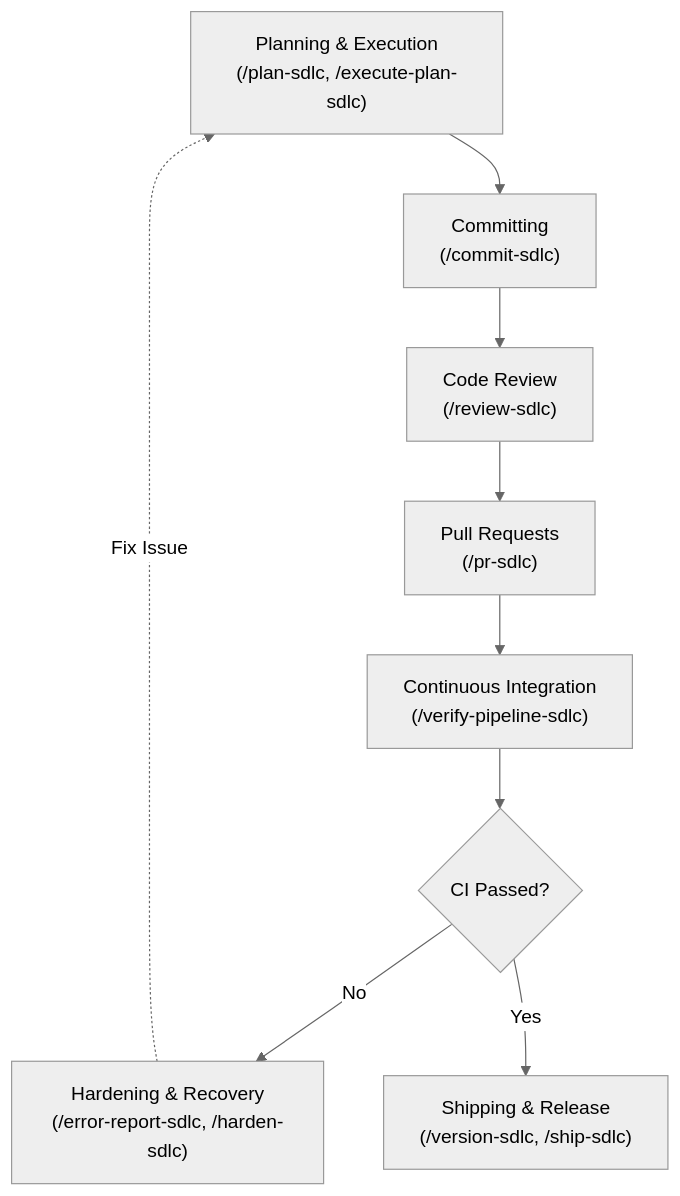
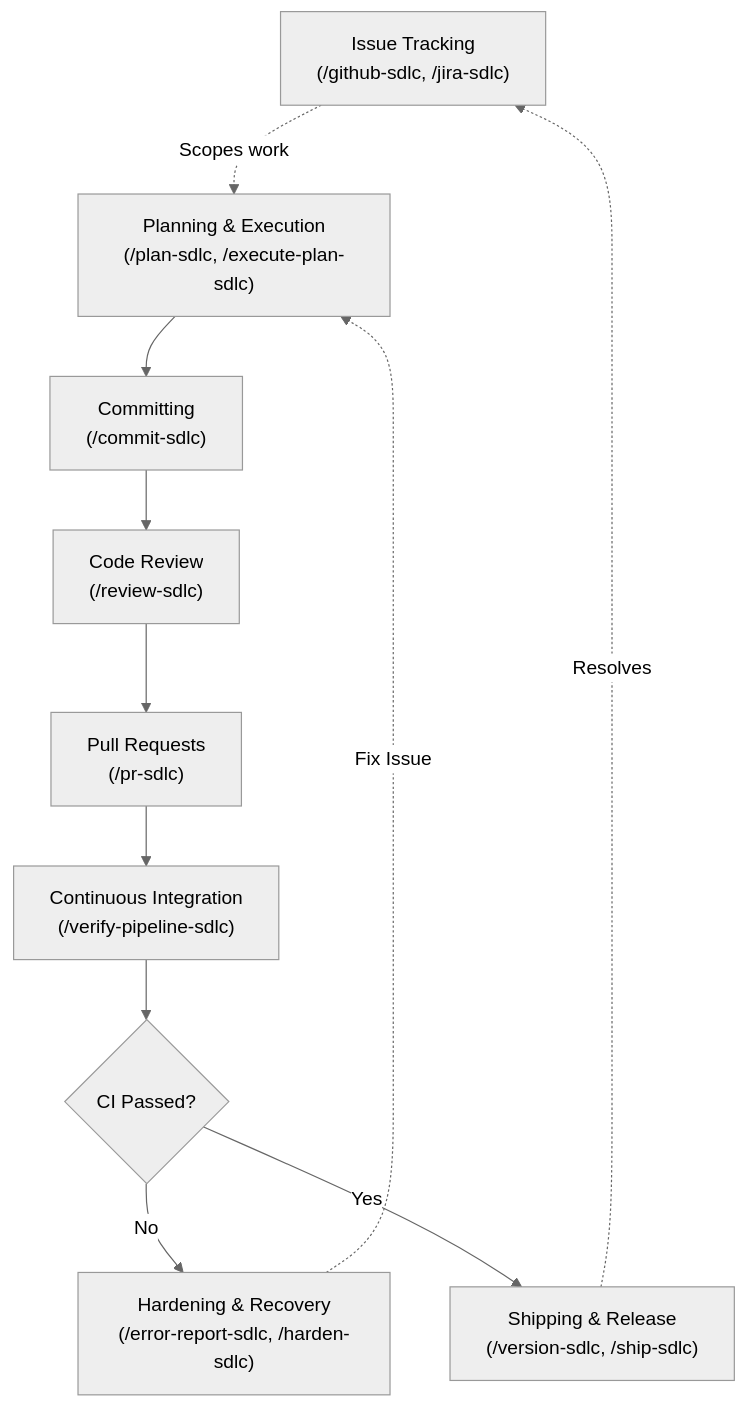
One commit to dnichyparuk/liftcd changed the diagram in README.md. Above: the diagram before and after it, drawn with Mermaid (neutral theme). The commit also changed 6 other files, not shown here.

Commit message:
feat: implement github-sdlc skill and generalize issue detection

````diff
--- a/README.md
+++ b/README.md
@@ -39,20 +39,23 @@
 ```mermaid
 flowchart TD
+    Issue["Issue Tracking\n(/github-sdlc, /jira-sdlc)"]
     Plan["Planning & Execution\n(/plan-sdlc, /execute-plan-sdlc)"]
     Commit["Committing\n(/commit-sdlc)"]
     Review["Code Review\n(/review-sdlc)"]
     PR["Pull Requests\n(/pr-sdlc)"]
     CI["Continuous Integration\n(/verify-pipeline-sdlc)"]
     CI_Check{"CI Passed?"}
     Recover["Hardening & Recovery\n(/error-report-sdlc, /harden-sdlc)"]
     Ship["Shipping & Release\n(/version-sdlc, /ship-sdlc)"]
 
+    Issue -. "Scopes work" .-> Plan
     Plan --> Commit
     Commit --> Review
     Review --> PR
     PR --> CI
     CI --> CI_Check
     CI_Check -- "No" --> Recover
     Recover -. "Fix Issue" .-> Plan
     CI_Check -- "Yes" --> Ship
+    Ship -. "Resolves" .-> Issue
 ```
````
